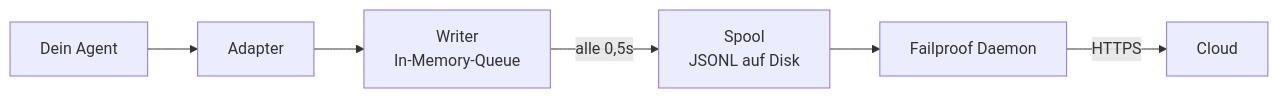
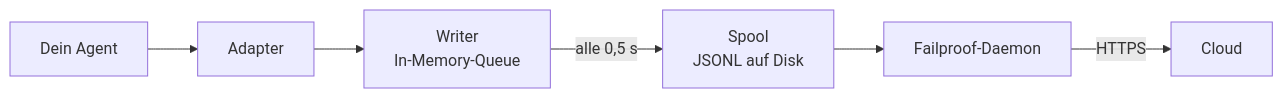
The second of 2 diagrams in docs/de/start/integrations/custom-agents.mdx (FailproofAI/failproofai), drawn with Mermaid before and after one commit. The commit also changed other lines of this file and 13 other files, not shown here.

````diff
--- a/docs/de/start/integrations/custom-agents.mdx
+++ b/docs/de/start/integrations/custom-agents.mdx
@@ -617,8 +615,8 @@
 ```mermaid
 flowchart LR
     A["Dein Agent"] --> B["Adapter"]
     B --> C["Writer<br/>In-Memory-Queue"]
-    C -->|"alle 0,5s"| D["Spool<br/>JSONL auf Disk"]
-    D --> E["Failproof Daemon"]
+    C -->|"alle 0,5 s"| D["Spool<br/>JSONL auf Disk"]
+    D --> E["Failproof-Daemon"]
     E -->|"HTTPS"| F["Cloud"]
 ```
````
